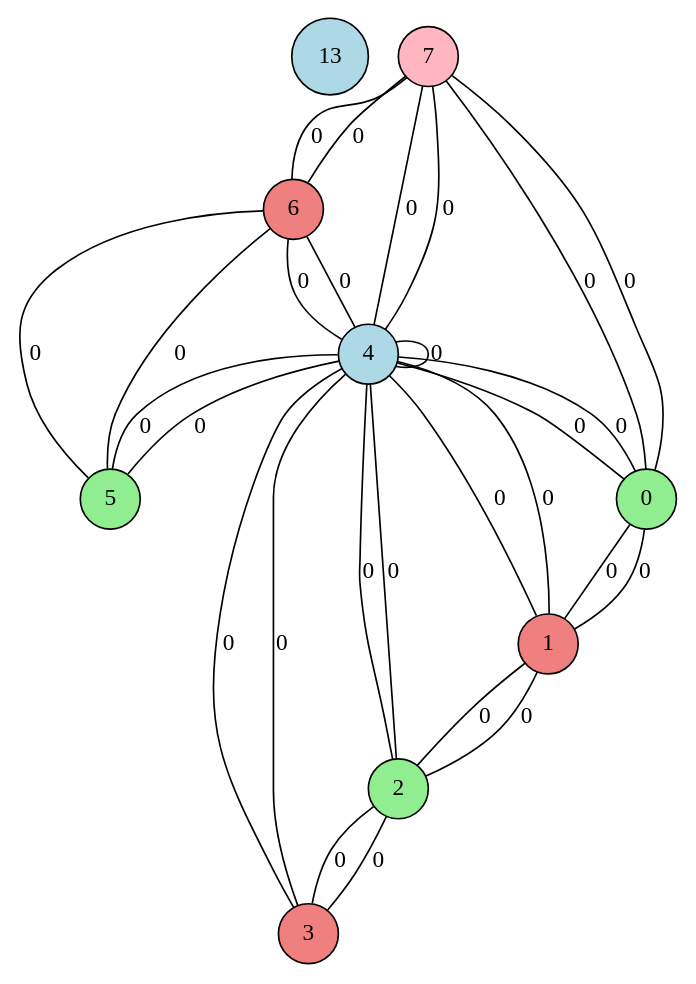
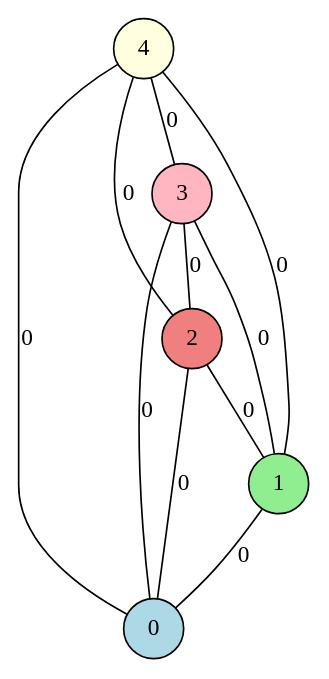
One commit to t1mn0/MEPhI-S3 changed the diagram in gui/L4/GraphViz/colorgraph.dot. Above: the diagram before and after it, drawn with Graphviz. The commit also changed 13 other files, not shown here.

```diff
--- a/gui/L4/GraphViz/colorgraph.dot
+++ b/gui/L4/GraphViz/colorgraph.dot
@@ -1,40 +1,19 @@
 graph G {
   node [shape=circle, style="filled", color=black, penwidth=1];
   edge [penwidth=1];
-  13 [label="13", fillcolor=lightblue];
-  7 [label="7", fillcolor=lightpink];
-  6 [label="6", fillcolor=lightcoral];
-  5 [label="5", fillcolor=lightgreen];
-  3 [label="3", fillcolor=lightcoral];
-  2 [label="2", fillcolor=lightgreen];
-  1 [label="1", fillcolor=lightcoral];
-  0 [label="0", fillcolor=lightgreen];
-  4 [label="4", fillcolor=lightblue];
-  7 -- 0 [label="0"];
-  7 -- 6 [label="0"];
-  7 -- 4 [label="0"];
-  6 -- 7 [label="0"];
-  6 -- 5 [label="0"];
-  6 -- 4 [label="0"];
-  5 -- 6 [label="0"];
-  5 -- 4 [label="0"];
-  3 -- 2 [label="0"];
-  3 -- 4 [label="0"];
-  2 -- 3 [label="0"];
-  2 -- 1 [label="0"];
-  2 -- 4 [label="0"];
-  1 -- 2 [label="0"];
-  1 -- 0 [label="0"];
-  1 -- 4 [label="0"];
-  0 -- 7 [label="0"];
-  0 -- 1 [label="0"];
-  0 -- 4 [label="0"];
-  4 -- 7 [label="0"];
-  4 -- 6 [label="0"];
-  4 -- 5 [label="0"];
-  4 -- 4 [label="0"];
+  4 [label="4", fillcolor=lightyellow];
+  3 [label="3", fillcolor=lightpink];
+  2 [label="2", fillcolor=lightcoral];
+  1 [label="1", fillcolor=lightgreen];
+  0 [label="0", fillcolor=lightblue];
   4 -- 3 [label="0"];
   4 -- 2 [label="0"];
   4 -- 1 [label="0"];
   4 -- 0 [label="0"];
+  3 -- 2 [label="0"];
+  3 -- 1 [label="0"];
+  3 -- 0 [label="0"];
+  2 -- 1 [label="0"];
+  2 -- 0 [label="0"];
+  1 -- 0 [label="0"];
 }
```
